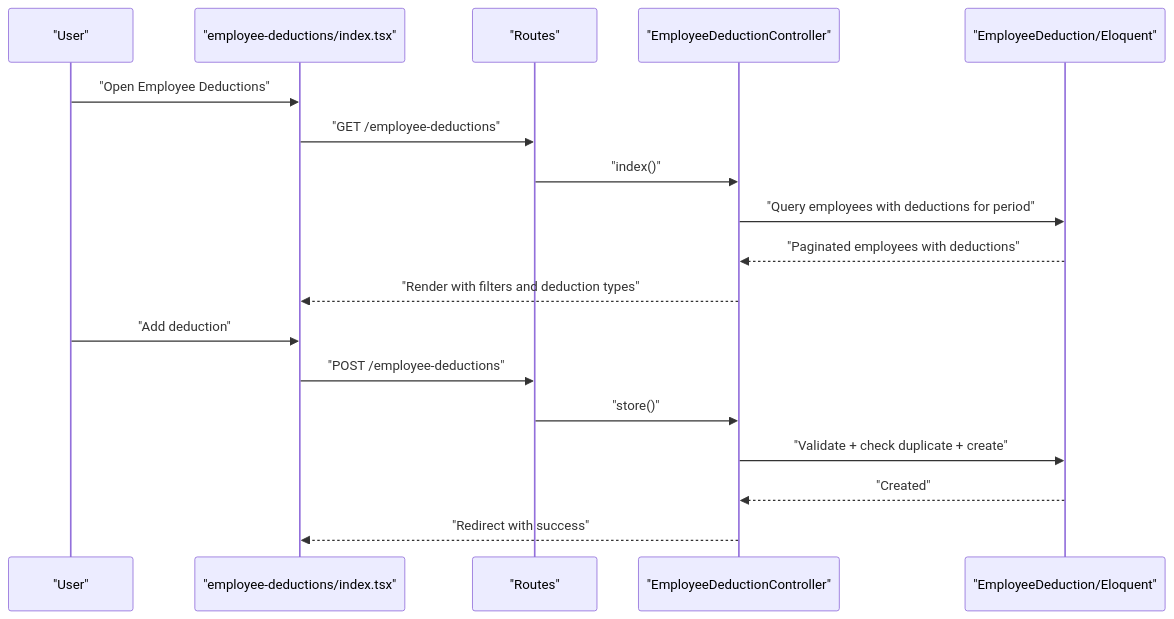
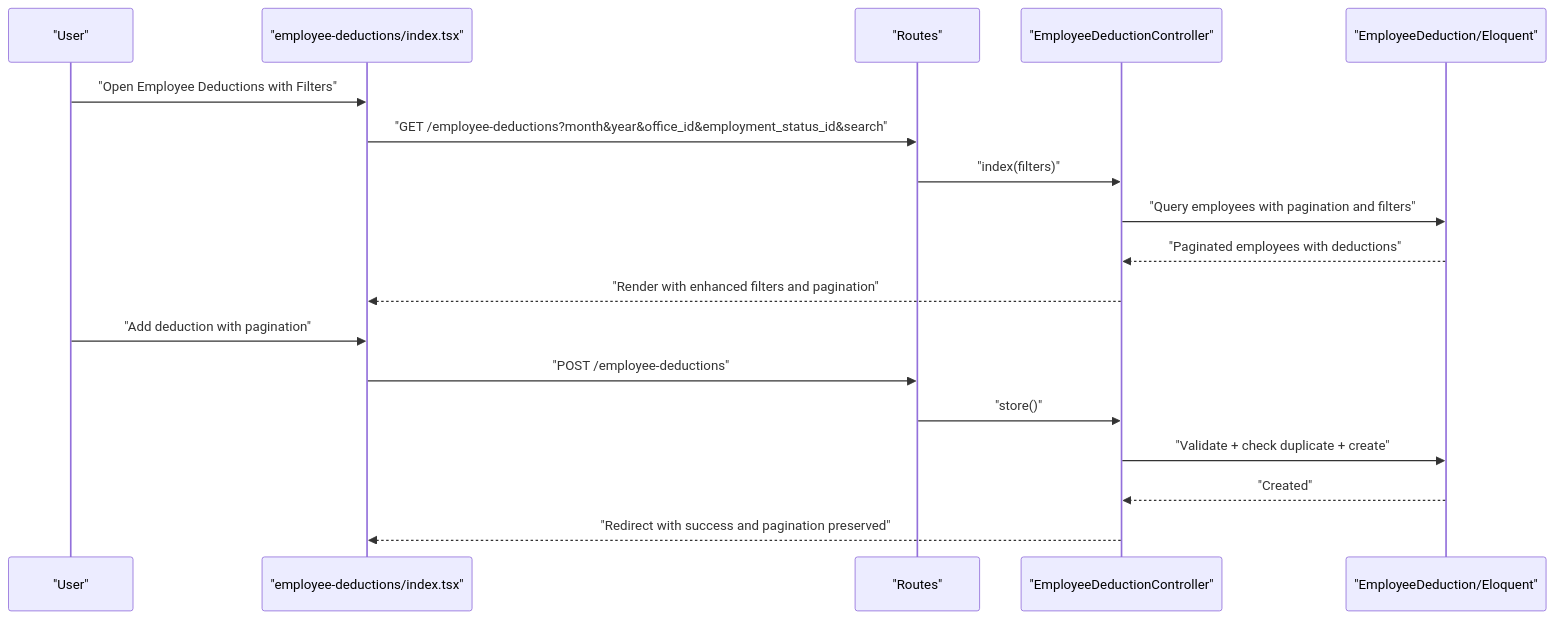
Before and after one commit to vincet0t15/template: the second of 7 diagrams in .qoder/repowiki/en/content/Deduction Management/Employee Deduction Tracking.md, drawn with Mermaid. The commit also changed other lines of this file and 3 other files, not shown here.

````diff
--- a/.qoder/repowiki/en/content/Deduction Management/Employee Deduction Tracking.md
+++ b/.qoder/repowiki/en/content/Deduction Management/Employee Deduction Tracking.md
@@ -115,20 +134,20 @@
 ```mermaid
 sequenceDiagram
 participant U as "User"
 participant FE as "employee-deductions/index.tsx"
 participant RT as "Routes"
 participant C as "EmployeeDeductionController"
 participant M as "EmployeeDeduction/Eloquent"
-U->>FE : "Open Employee Deductions"
-FE->>RT : "GET /employee-deductions"
-RT->>C : "index()"
-C->>M : "Query employees with deductions for period"
+U->>FE : "Open Employee Deductions with Filters"
+FE->>RT : "GET /employee-deductions?month&year&office_id&employment_status_id&search"
+RT->>C : "index(filters)"
+C->>M : "Query employees with pagination and filters"
 M-->>C : "Paginated employees with deductions"
-C-->>FE : "Render with filters and deduction types"
-U->>FE : "Add deduction"
+C-->>FE : "Render with enhanced filters and pagination"
+U->>FE : "Add deduction with pagination"
 FE->>RT : "POST /employee-deductions"
 RT->>C : "store()"
 C->>M : "Validate + check duplicate + create"
 M-->>C : "Created"
-C-->>FE : "Redirect with success"
+C-->>FE : "Redirect with success and pagination preserved"
 ```
````
